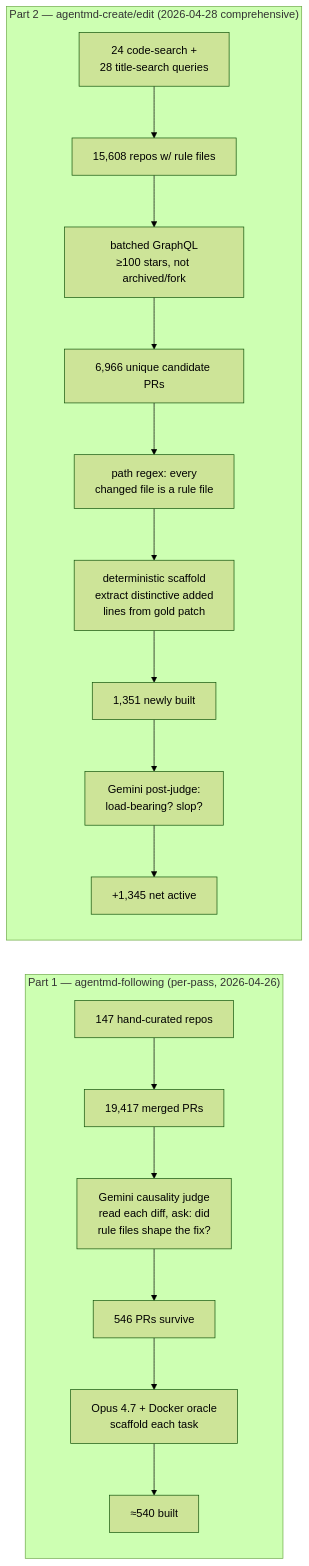
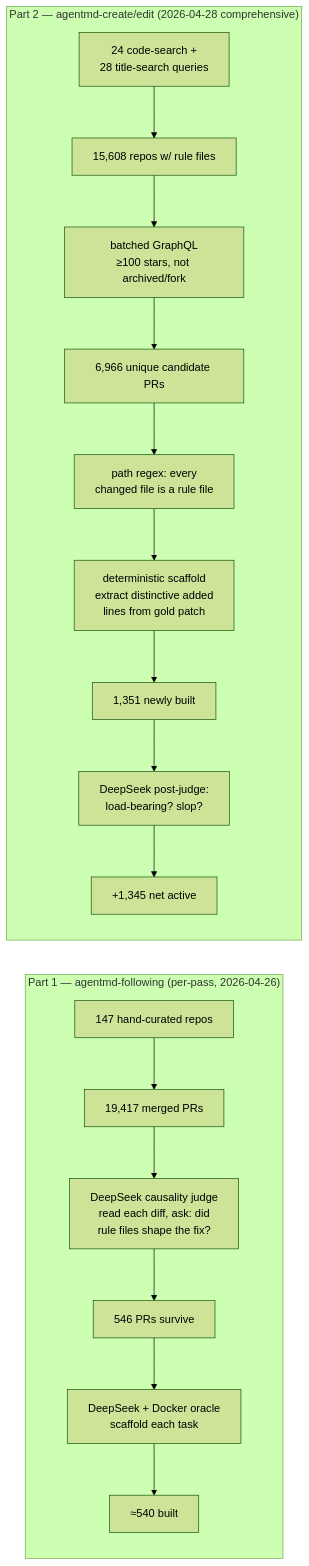
Before and after one commit to findalexli/agentsmd-rl: the diagram in README.md, drawn with Mermaid (forest theme). The commit also changed other lines of this file and 22 other files, not shown here.

First line of the commit message:
cleanup: reduce backends + judges + docs to DeepSeek only

````diff
--- a/README.md
+++ b/README.md
@@ -51,22 +51,22 @@
 ```mermaid
 flowchart LR
     subgraph "Part 1 — agentmd-following (per-pass, 2026-04-26)"
         direction TB
         A1[147 hand-curated repos] --> A2[19,417 merged PRs]
-        A2 --> A3[Gemini causality judge<br/>read each diff, ask: did<br/>rule files shape the fix?]
+        A2 --> A3[DeepSeek causality judge<br/>read each diff, ask: did<br/>rule files shape the fix?]
         A3 --> A4[546 PRs survive]
-        A4 --> A5[Opus 4.7 + Docker oracle<br/>scaffold each task]
+        A4 --> A5[DeepSeek + Docker oracle<br/>scaffold each task]
         A5 --> A6[≈540 built]
     end
     subgraph "Part 2 — agentmd-create/edit (2026-04-28 comprehensive)"
         direction TB
         B1[24 code-search +<br/>28 title-search queries] --> B2[15,608 repos w/ rule files]
         B2 --> B3[batched GraphQL<br/>≥100 stars, not archived/fork]
         B3 --> B4[6,966 unique candidate PRs]
         B4 --> B5[path regex: every<br/>changed file is a rule file]
         B5 --> B6[deterministic scaffold<br/>extract distinctive added<br/>lines from gold patch]
         B6 --> B7[1,351 newly built]
-        B7 --> B8[Gemini post-judge:<br/>load-bearing? slop?]
+        B7 --> B8[DeepSeek post-judge:<br/>load-bearing? slop?]
         B8 --> B9[+1,345 net active]
     end
 ```
````
